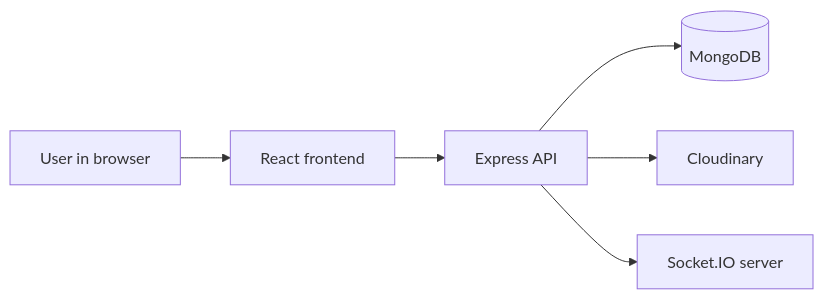
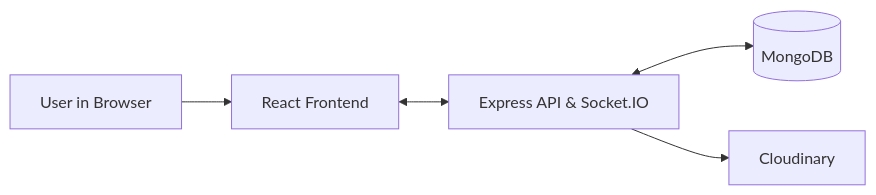
The first of 2 diagrams in docs/architecture/system-design.md (HxWildE/ChatApp), drawn with Mermaid before and after one commit. The commit also changed other lines of this file and 5 other files, not shown here.

````diff
--- a/docs/architecture/system-design.md
+++ b/docs/architecture/system-design.md
@@ -20,8 +24,7 @@
 ```mermaid
 flowchart LR
-    User[User in browser] --> Client[React frontend]
-    Client --> API[Express API]
-    API --> DB[(MongoDB)]
+    User[User in Browser] --> Client[React Frontend]
+    Client <--> API[Express API & Socket.IO]
+    API <--> DB[(MongoDB)]
     API --> Cloud[Cloudinary]
-    API --> Socket[Socket.IO server]
 ```
````
